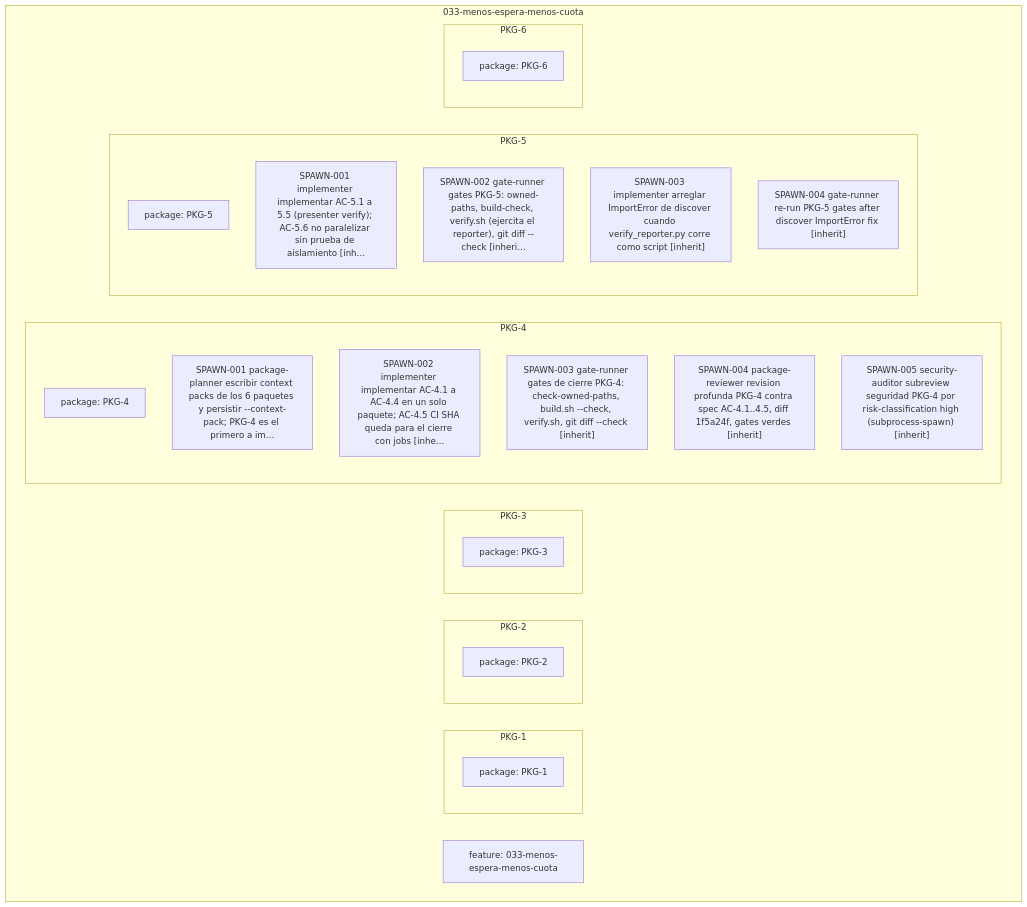
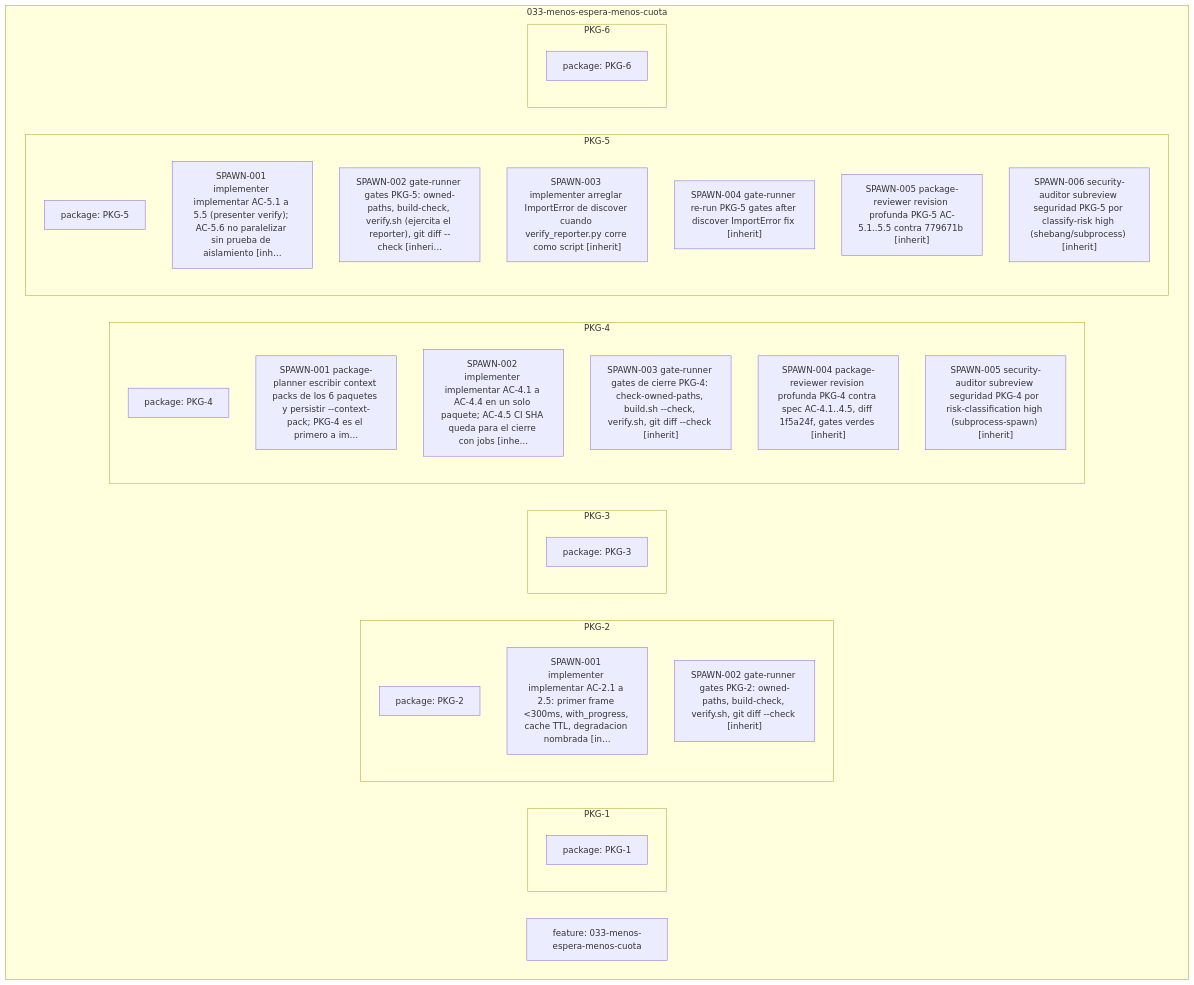
The diagram in docs/notas/features/033-menos-espera-menos-cuota/grafo.md (federico0330/set-agents), drawn with Mermaid before and after one commit. The commit also changed 12 other files, not shown here.

````diff
--- a/docs/notas/features/033-menos-espera-menos-cuota/grafo.md
+++ b/docs/notas/features/033-menos-espera-menos-cuota/grafo.md
@@ -4,33 +4,37 @@
 ```mermaid
 flowchart TD
 subgraph sg_033_menos_espera_menos_cuota["033-menos-espera-menos-cuota"]
   feature_033_menos_espera_menos_cuota_1["feature: 033-menos-espera-menos-cuota"]
   subgraph sg_033_menos_espera_menos_cuota_pkg_1["PKG-1"]
     package_033_menos_espera_menos_cuota_pkg_1_1["package: PKG-1"]
   end
   subgraph sg_033_menos_espera_menos_cuota_pkg_2["PKG-2"]
     package_033_menos_espera_menos_cuota_pkg_2_1["package: PKG-2"]
+    spawn_033_menos_espera_menos_cuota_pkg_2_1["SPAWN-001 implementer implementar AC-2.1 a 2.5: primer frame #60;300ms, with_progress, cache TTL, degradacion nombrada #91;in…"]
+    spawn_033_menos_espera_menos_cuota_pkg_2_2["SPAWN-002 gate-runner gates PKG-2: owned-paths, build-check, verify.sh, git diff --check #91;inherit#93;"]
   end
   subgraph sg_033_menos_espera_menos_cuota_pkg_3["PKG-3"]
     package_033_menos_espera_menos_cuota_pkg_3_1["package: PKG-3"]
   end
   subgraph sg_033_menos_espera_menos_cuota_pkg_4["PKG-4"]
     package_033_menos_espera_menos_cuota_pkg_4_1["package: PKG-4"]
     spawn_033_menos_espera_menos_cuota_pkg_4_1["SPAWN-001 package-planner escribir context packs de los 6 paquetes y persistir --context-pack#59; PKG-4 es el primero a im…"]
     spawn_033_menos_espera_menos_cuota_pkg_4_2["SPAWN-002 implementer implementar AC-4.1 a AC-4.4 en un solo paquete#59; AC-4.5 CI SHA queda para el cierre con jobs #91;inhe…"]
     spawn_033_menos_espera_menos_cuota_pkg_4_3["SPAWN-003 gate-runner gates de cierre PKG-4: check-owned-paths, build.sh --check, verify.sh, git diff --check #91;inherit#93;"]
     spawn_033_menos_espera_menos_cuota_pkg_4_4["SPAWN-004 package-reviewer revision profunda PKG-4 contra spec AC-4.1..4.5, diff 1f5a24f, gates verdes #91;inherit#93;"]
     spawn_033_menos_espera_menos_cuota_pkg_4_5["SPAWN-005 security-auditor subreview seguridad PKG-4 por risk-classification high #40;subprocess-spawn#41; #91;inherit#93;"]
   end
   subgraph sg_033_menos_espera_menos_cuota_pkg_5["PKG-5"]
     package_033_menos_espera_menos_cuota_pkg_5_1["package: PKG-5"]
     spawn_033_menos_espera_menos_cuota_pkg_5_1["SPAWN-001 implementer implementar AC-5.1 a 5.5 #40;presenter verify#41;#59; AC-5.6 no paralelizar sin prueba de aislamiento #91;inh…"]
     spawn_033_menos_espera_menos_cuota_pkg_5_2["SPAWN-002 gate-runner gates PKG-5: owned-paths, build-check, verify.sh #40;ejercita el reporter#41;, git diff --check #91;inheri…"]
     spawn_033_menos_espera_menos_cuota_pkg_5_3["SPAWN-003 implementer arreglar ImportError de discover cuando verify_reporter.py corre como script #91;inherit#93;"]
     spawn_033_menos_espera_menos_cuota_pkg_5_4["SPAWN-004 gate-runner re-run PKG-5 gates after discover ImportError fix #91;inherit#93;"]
+    spawn_033_menos_espera_menos_cuota_pkg_5_5["SPAWN-005 package-reviewer revision profunda PKG-5 AC-5.1..5.5 contra 779671b #91;inherit#93;"]
+    spawn_033_menos_espera_menos_cuota_pkg_5_6["SPAWN-006 security-auditor subreview seguridad PKG-5 por classify-risk high #40;shebang/subprocess#41; #91;inherit#93;"]
   end
   subgraph sg_033_menos_espera_menos_cuota_pkg_6["PKG-6"]
     package_033_menos_espera_menos_cuota_pkg_6_1["package: PKG-6"]
   end
 end
 ```
````
